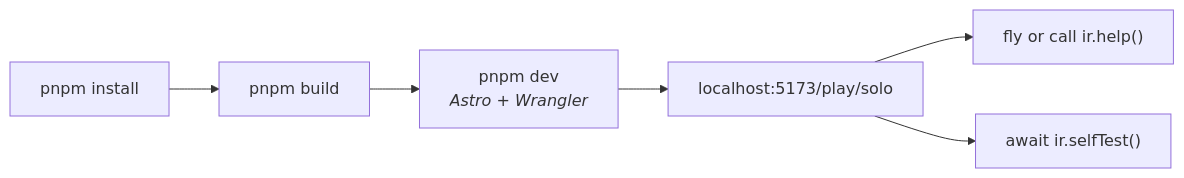
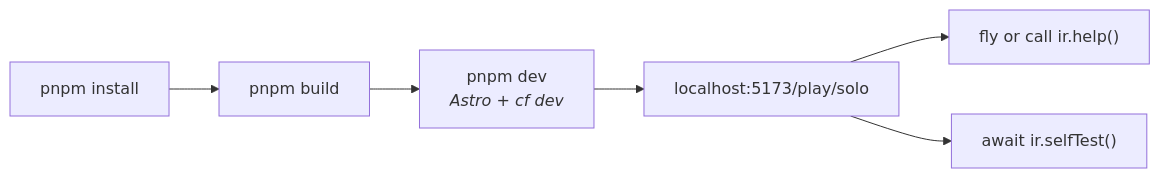
The first of 2 diagrams in docs/guides/getting-started.md (jonjaques/inertialref), drawn with Mermaid before and after one commit. The commit also changed other lines of this file and 38 other files, not shown here.

````diff
--- a/docs/guides/getting-started.md
+++ b/docs/guides/getting-started.md
@@ -29,7 +29,7 @@
 ```mermaid
 flowchart LR
-    A["pnpm install"] --> B["pnpm build"] --> C["pnpm dev<br/><i>Astro + Wrangler</i>"]
+    A["pnpm install"] --> B["pnpm build"] --> C["pnpm dev<br/><i>Astro + cf dev</i>"]
     C --> D["localhost:5173/play/solo"]
     D --> E["fly or call ir.help()"]
     D --> F["await ir.selfTest()"]
 ```
````
